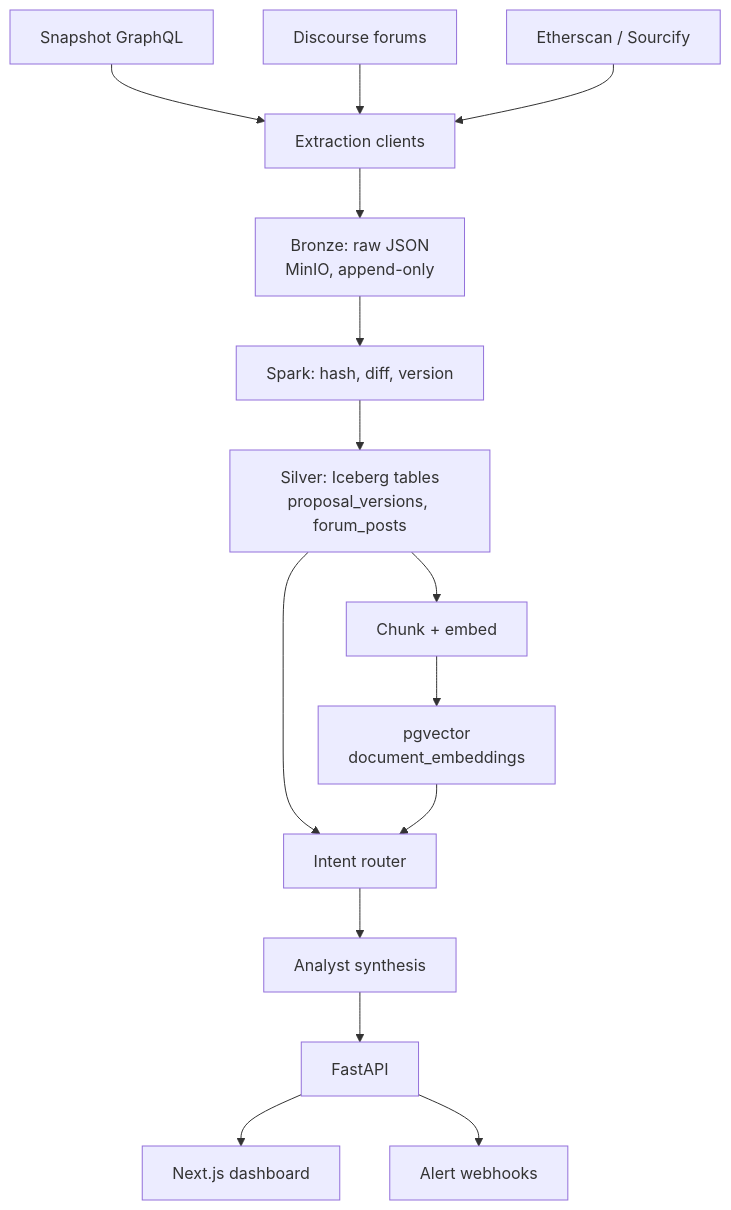
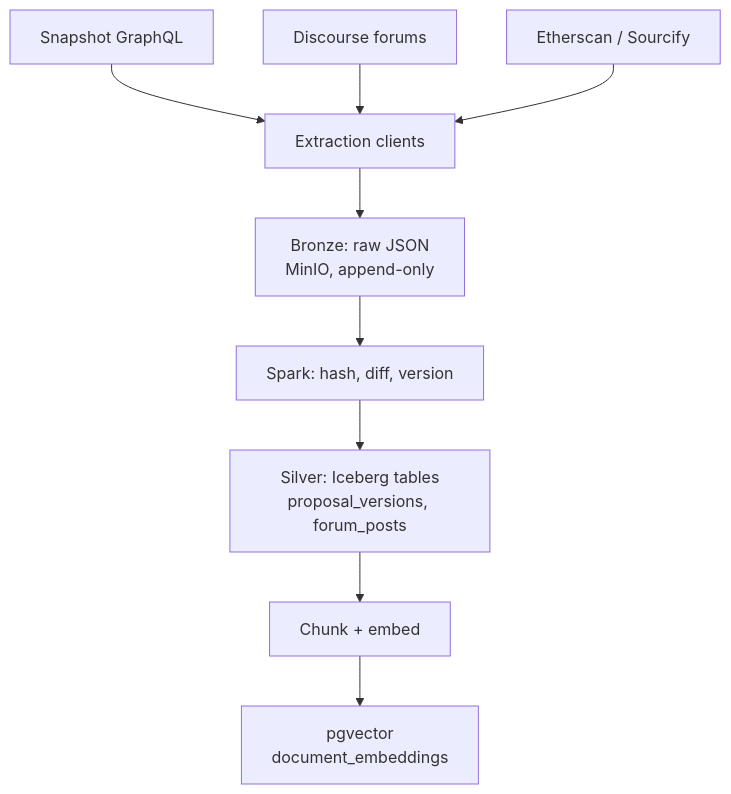
The first of 2 diagrams in docs/implementation-plan.md (davidchen322/crypto-governance), drawn with Mermaid before and after one commit. The commit also changed other lines of this file and 1 other file, not shown here.

First line of the commit message:
docs: fix a wrong arrow in the architecture diagram

````diff
--- a/docs/implementation-plan.md
+++ b/docs/implementation-plan.md
@@ -74,17 +80,11 @@
 ```mermaid
 flowchart TD
   A["Snapshot GraphQL"] --> D
   B["Discourse forums"] --> D
   C["Etherscan / Sourcify"] --> D
   D["Extraction clients"] --> E["Bronze: raw JSON<br/>MinIO, append-only"]
   E --> F["Spark: hash, diff, version"]
   F --> G["Silver: Iceberg tables<br/>proposal_versions, forum_posts"]
   G --> H["Chunk + embed"]
   H --> I["pgvector<br/>document_embeddings"]
-  G --> J["Intent router"]
-  I --> J
-  J --> K["Analyst synthesis"]
-  K --> L["FastAPI"]
-  L --> M["Next.js dashboard"]
-  L --> N["Alert webhooks"]
 ```
````
